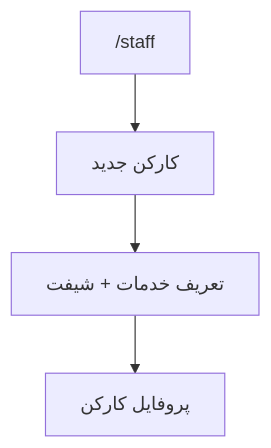
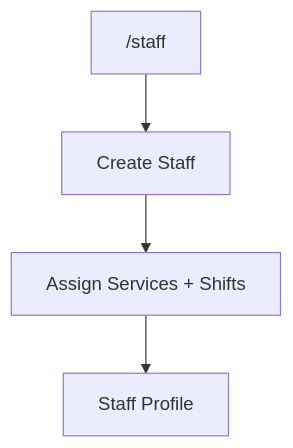
One commit to amirhossein-moloki/Sevra changed the third of 5 diagrams in docs/UI-FLOW-MVP-FA.md. Above: the diagram before and after it, drawn with Mermaid. The commit also changed other lines of this file, not shown here.

First line of the commit message:
Revise UI Flow document to version 0.2

````diff
--- a/docs/UI-FLOW-MVP-FA.md
+++ b/docs/UI-FLOW-MVP-FA.md
@@ -162,6 +32,6 @@
 ```mermaid
 flowchart TD
-    A["/staff"] --> B["کارکن جدید"]
-    B --> C["تعریف خدمات + شیفت"]
-    C --> D["پروفایل کارکن"]
+    A["/staff"] --> B["Create Staff"]
+    B --> C["Assign Services + Shifts"]
+    C --> D["Staff Profile"]
 ```
````
